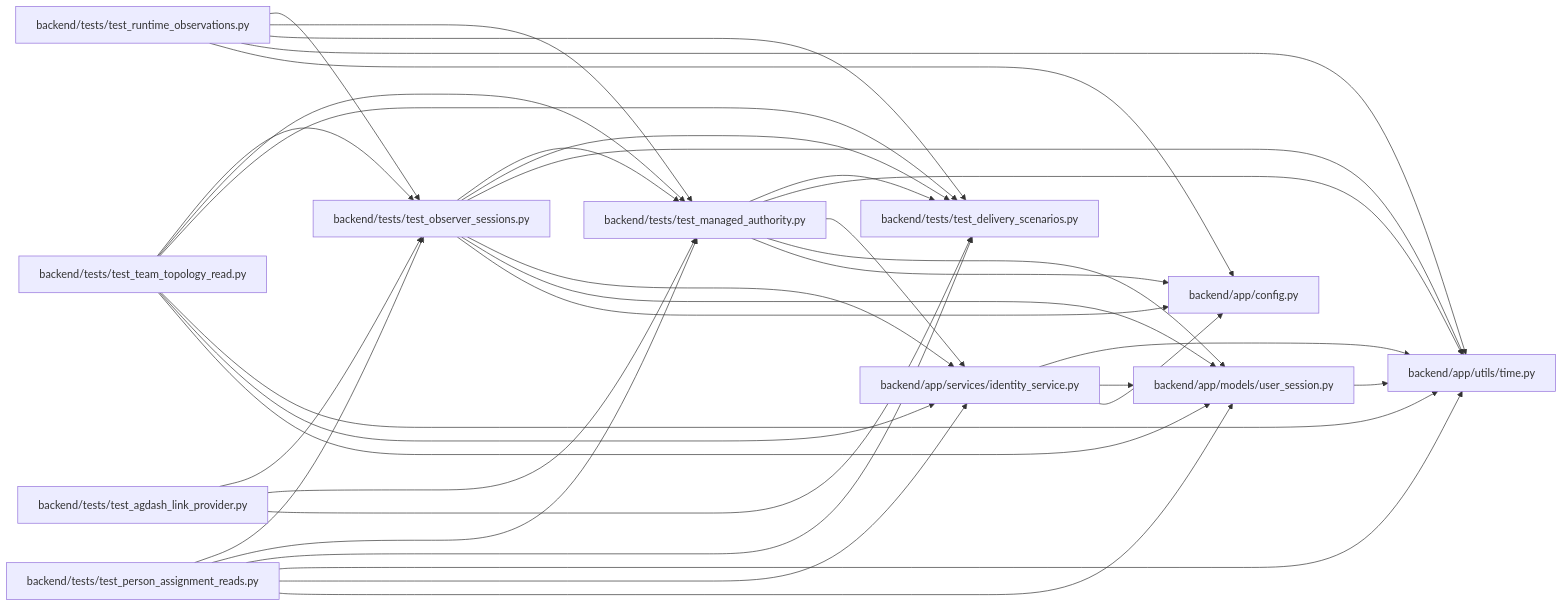
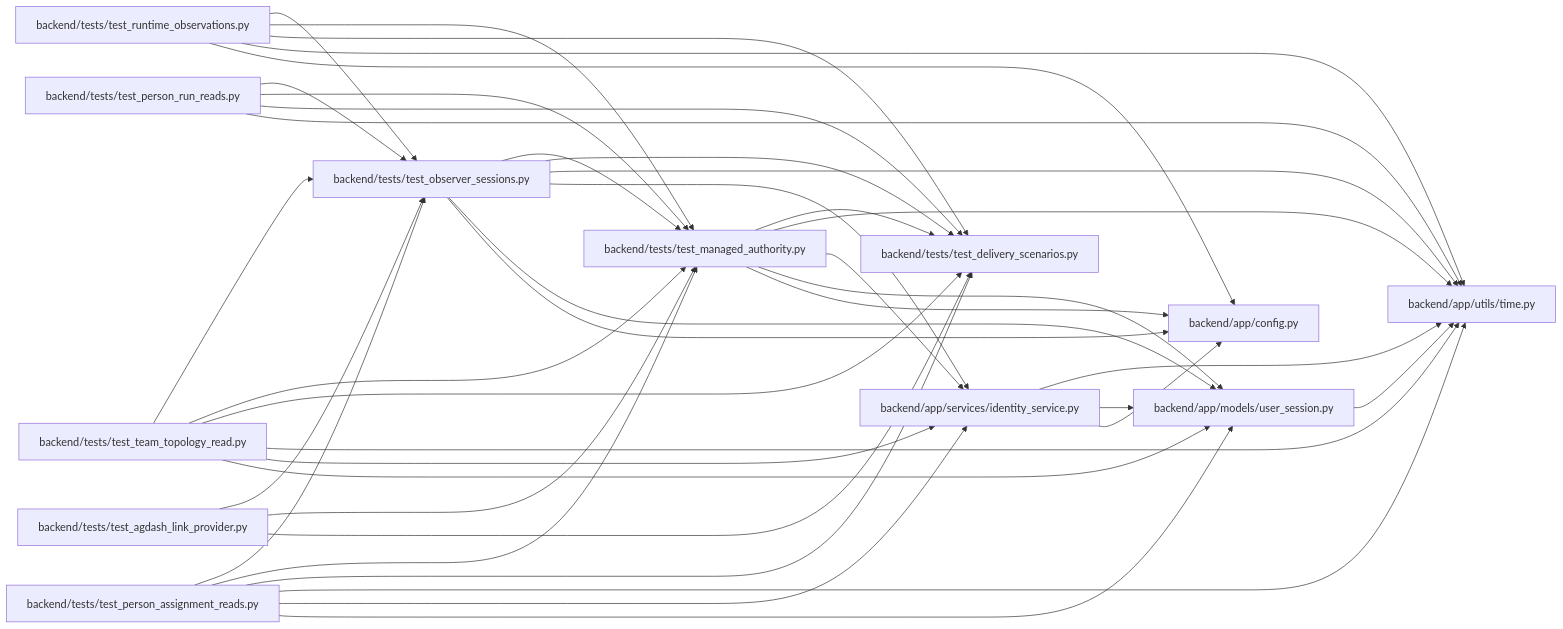
Before and after one commit to Denissvgn/WorkChord: the diagram in docs/llm_wiki/modules/test_observer_sessions.md, drawn with Mermaid. The commit also changed other lines of this file and 879 other files, not shown here.

````diff
--- a/docs/llm_wiki/modules/test_observer_sessions.md
+++ b/docs/llm_wiki/modules/test_observer_sessions.md
@@ -30,60 +30,66 @@
 ```mermaid
 flowchart LR
     n0["backend/app/config.py"]
     n1["backend/app/models/user_session.py"]
     n2["backend/app/services/identity_service.py"]
     n3["backend/app/utils/time.py"]
     n4["backend/tests/test_agdash_link_provider.py"]
     n5["backend/tests/test_delivery_scenarios.py"]
     n6["backend/tests/test_managed_authority.py"]
     n7["backend/tests/test_observer_sessions.py"]
     n8["backend/tests/test_person_assignment_reads.py"]
-    n9["backend/tests/test_runtime_observations.py"]
-    n10["backend/tests/test_team_topology_read.py"]
+    n9["backend/tests/test_person_run_reads.py"]
+    n10["backend/tests/test_runtime_observations.py"]
+    n11["backend/tests/test_team_topology_read.py"]
     n1 --> n3
     n2 --> n0
     n2 --> n1
     n2 --> n3
     n4 --> n5
     n4 --> n6
     n4 --> n7
     n6 --> n0
     n6 --> n1
     n6 --> n2
     n6 --> n3
     n6 --> n5
     n7 --> n0
     n7 --> n1
     n7 --> n2
     n7 --> n3
     n7 --> n5
     n7 --> n6
     n8 --> n1
     n8 --> n2
     n8 --> n3
     n8 --> n5
     n8 --> n6
     n8 --> n7
-    n9 --> n0
     n9 --> n3
     n9 --> n5
     n9 --> n6
     n9 --> n7
-    n10 --> n1
-    n10 --> n2
+    n10 --> n0
     n10 --> n3
     n10 --> n5
     n10 --> n6
     n10 --> n7
+    n11 --> n1
+    n11 --> n2
+    n11 --> n3
+    n11 --> n5
+    n11 --> n6
+    n11 --> n7
     click n0 "../modules/config.md"
     click n1 "../modules/user_session.md"
     click n2 "../modules/identity_service.md"
     click n3 "../modules/time.md"
     click n4 "../modules/test_agdash_link_provider.md"
     click n5 "../modules/test_delivery_scenarios.md"
     click n6 "../modules/test_managed_authority.md"
     click n7 "../modules/test_observer_sessions.md"
     click n8 "../modules/test_person_assignment_reads.md"
-    click n9 "../modules/test_runtime_observations.md"
-    click n10 "../modules/test_team_topology_read.md"
+    click n9 "../modules/test_person_run_reads.md"
+    click n10 "../modules/test_runtime_observations.md"
+    click n11 "../modules/test_team_topology_read.md"
 ```
````
